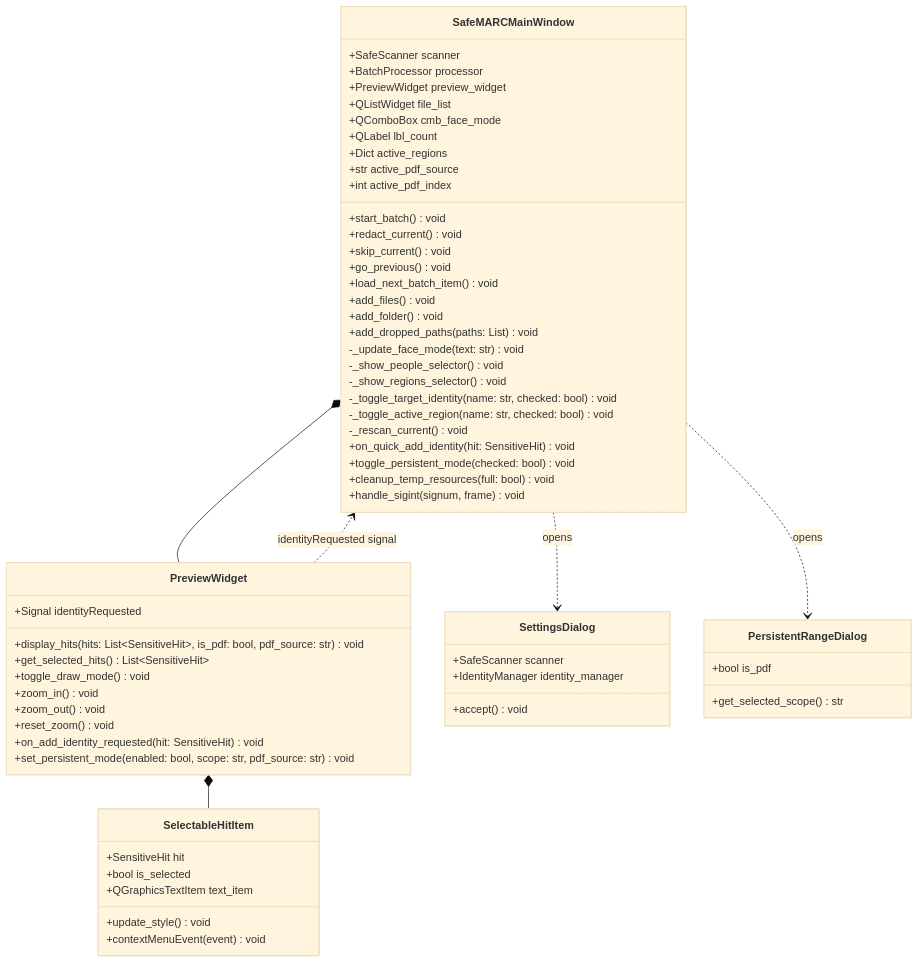
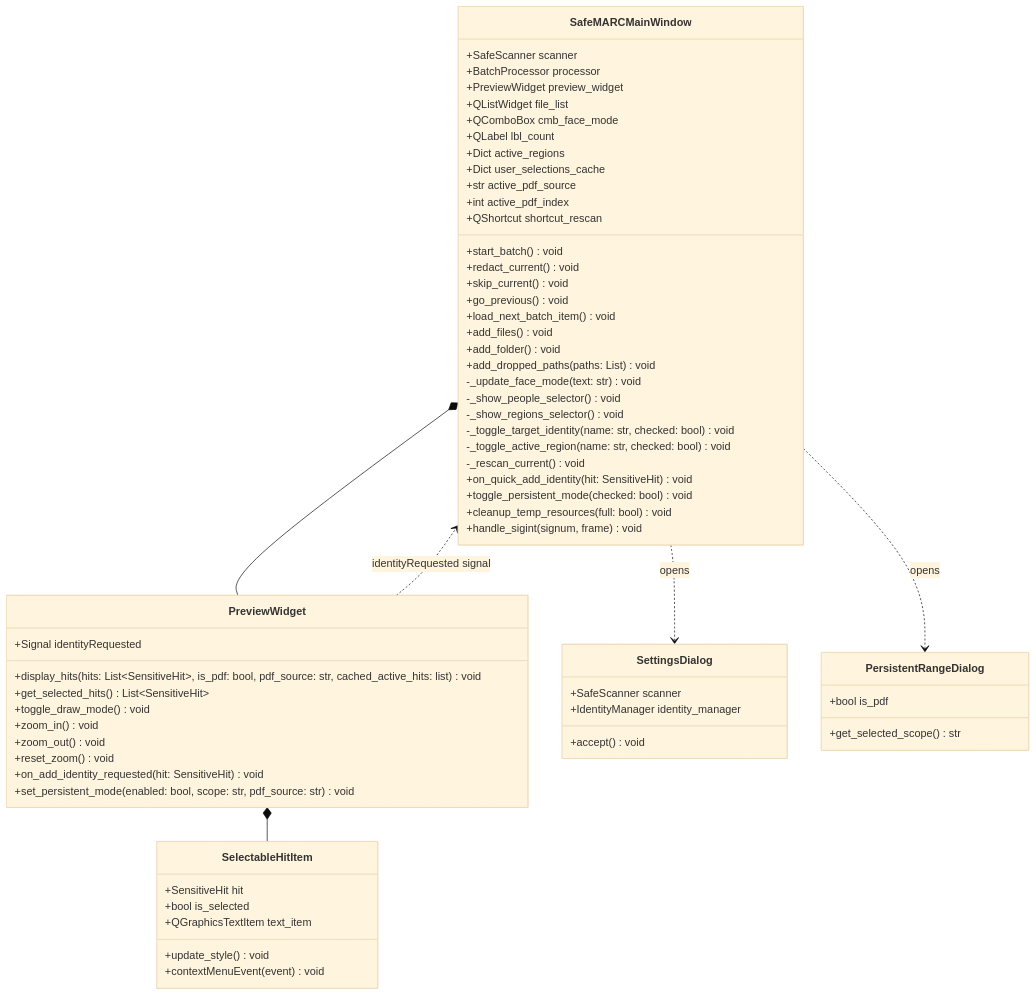
The third of 3 diagrams in docs/architecture/uml_classes.md (FurqanHun/SafeMARC), drawn with Mermaid (base theme) before and after one commit. The commit also changed other lines of this file and 5 other files, not shown here.

````diff
--- a/docs/architecture/uml_classes.md
+++ b/docs/architecture/uml_classes.md
@@ -113,71 +128,73 @@
 ```mermaid
 classDiagram
     direction TB
 
     class SafeMARCMainWindow {
         +SafeScanner scanner
         +BatchProcessor processor
         +PreviewWidget preview_widget
         +QListWidget file_list
         +QComboBox cmb_face_mode
         +QLabel lbl_count
         +Dict active_regions
+        +Dict user_selections_cache
         +str active_pdf_source
         +int active_pdf_index
+        +QShortcut shortcut_rescan
         +start_batch() void
         +redact_current() void
         +skip_current() void
         +go_previous() void
         +load_next_batch_item() void
         +add_files() void
         +add_folder() void
         +add_dropped_paths(paths: List) void
         -_update_face_mode(text: str) void
         -_show_people_selector() void
         -_show_regions_selector() void
         -_toggle_target_identity(name: str, checked: bool) void
         -_toggle_active_region(name: str, checked: bool) void
         -_rescan_current() void
         +on_quick_add_identity(hit: SensitiveHit) void
         +toggle_persistent_mode(checked: bool) void
         +cleanup_temp_resources(full: bool) void
         +handle_sigint(signum, frame) void
     }
 
     class PreviewWidget {
         +Signal identityRequested
-        +display_hits(hits: List~SensitiveHit~, is_pdf: bool, pdf_source: str) void
+        +display_hits(hits: List~SensitiveHit~, is_pdf: bool, pdf_source: str, cached_active_hits: list) void
         +get_selected_hits() List~SensitiveHit~
         +toggle_draw_mode() void
         +zoom_in() void
         +zoom_out() void
         +reset_zoom() void
         +on_add_identity_requested(hit: SensitiveHit) void
         +set_persistent_mode(enabled: bool, scope: str, pdf_source: str) void
     }
 
     class SelectableHitItem {
         +SensitiveHit hit
         +bool is_selected
         +QGraphicsTextItem text_item
         +update_style() void
         +contextMenuEvent(event) void
     }
 
     class SettingsDialog {
         +SafeScanner scanner
         +IdentityManager identity_manager
         +accept() void
     }
 
     class PersistentRangeDialog {
         +bool is_pdf
         +get_selected_scope() str
     }
 
     SafeMARCMainWindow *-- PreviewWidget
     SafeMARCMainWindow ..> SettingsDialog : opens
     SafeMARCMainWindow ..> PersistentRangeDialog : opens
     PreviewWidget *-- SelectableHitItem
     PreviewWidget ..> SafeMARCMainWindow : identityRequested signal
 ```
````
